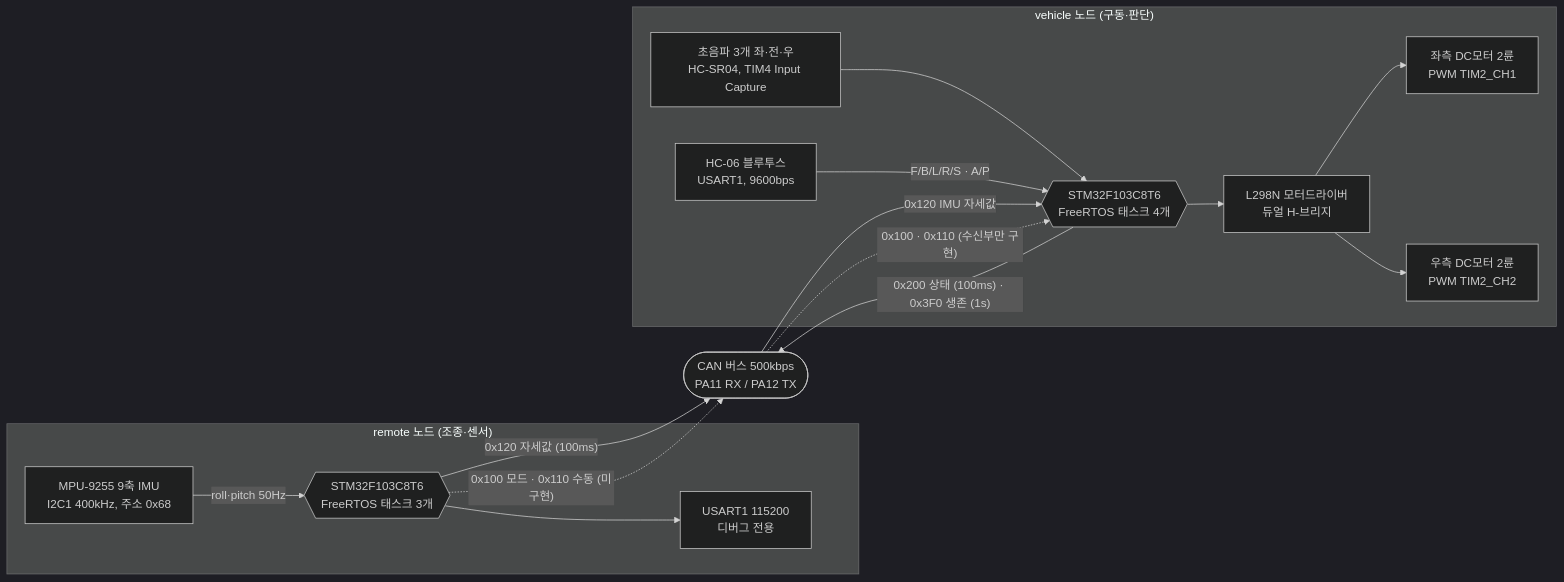
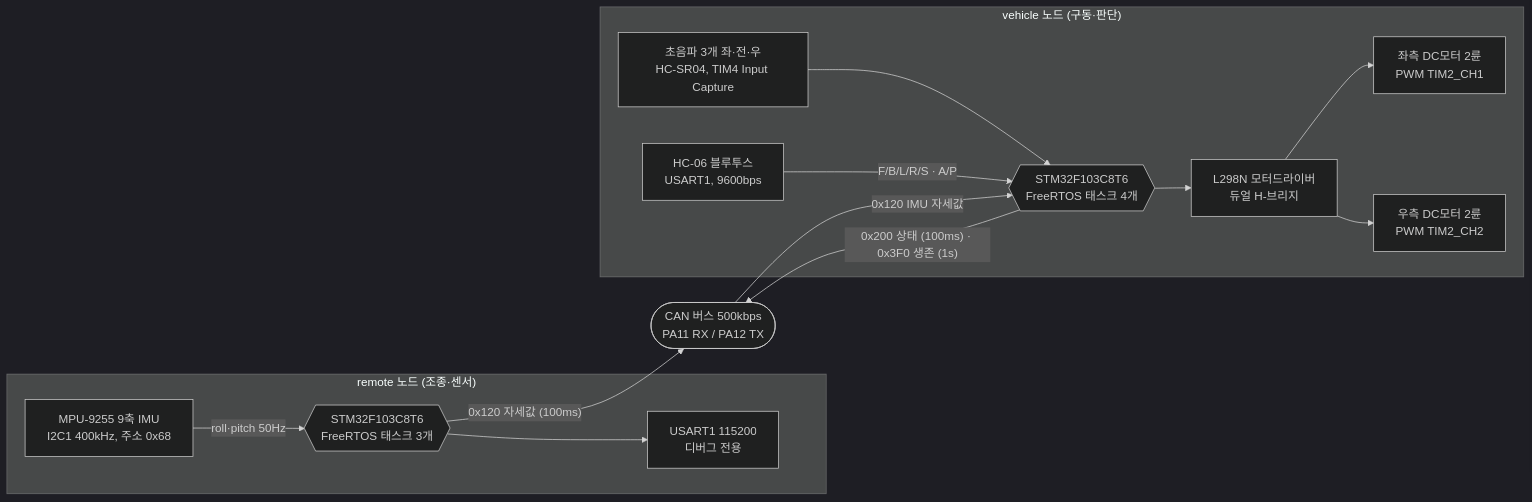
One commit to dlgus0630/Project03_SelfDrivingCar changed the first of 3 diagrams in README.md. Above: the diagram before and after it, drawn with Mermaid (dark theme). The commit also changed other lines of this file, not shown here.

````diff
--- a/README.md
+++ b/README.md
@@ -377,34 +348,32 @@
 ```mermaid
 flowchart LR
     subgraph REMOTE["remote 노드 (조종·센서)"]
         IMU["MPU-9255 9축 IMU<br/>I2C1 400kHz, 주소 0x68"]
         MCU_R{{"STM32F103C8T6<br/>FreeRTOS 태스크 3개"}}
         DBG["USART1 115200<br/>디버그 전용"]
     end
 
     BUS(["CAN 버스 500kbps<br/>PA11 RX / PA12 TX"])
 
     subgraph VEHICLE["vehicle 노드 (구동·판단)"]
         US["초음파 3개 좌·전·우<br/>HC-SR04, TIM4 Input Capture"]
         BT["HC-06 블루투스<br/>USART1, 9600bps"]
         MCU_V{{"STM32F103C8T6<br/>FreeRTOS 태스크 4개"}}
         L298["L298N 모터드라이버<br/>듀얼 H-브리지"]
         M_L["좌측 DC모터 2륜<br/>PWM TIM2_CH1"]
         M_R["우측 DC모터 2륜<br/>PWM TIM2_CH2"]
     end
 
     IMU -- "roll·pitch 50Hz" --> MCU_R
     MCU_R --> DBG
     MCU_R -- "0x120 자세값 (100ms)" --> BUS
-    MCU_R -. "0x100 모드 · 0x110 수동 (미구현)" .-> BUS
 
     US --> MCU_V
     BT -- "F/B/L/R/S · A/P" --> MCU_V
     BUS -- "0x120 IMU 자세값" --> MCU_V
-    BUS -. "0x100 · 0x110 (수신부만 구현)" .-> MCU_V
     MCU_V -- "0x200 상태 (100ms) · 0x3F0 생존 (1s)" --> BUS
 
     MCU_V --> L298
     L298 --> M_L
     L298 --> M_R
 ```
````
